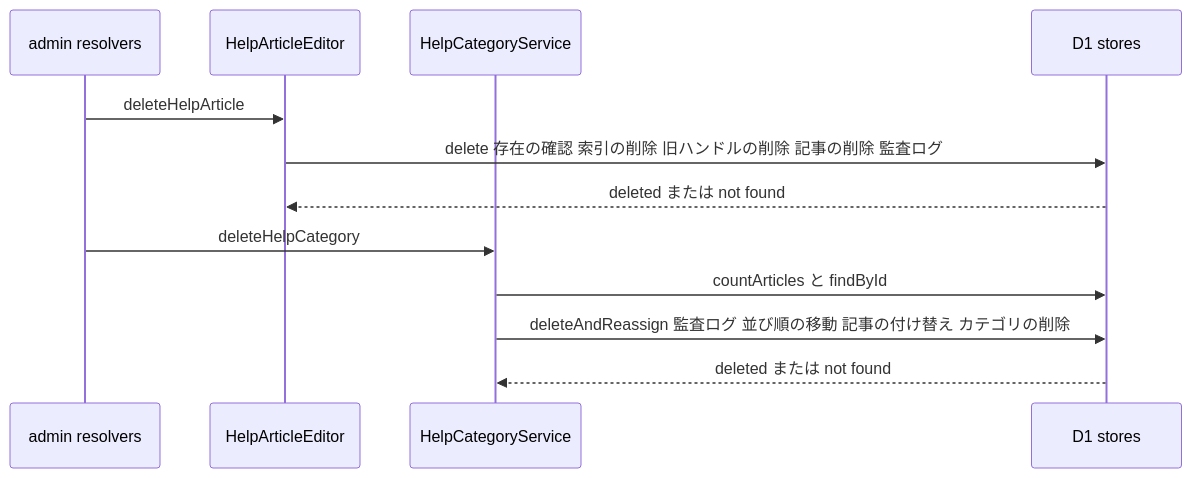
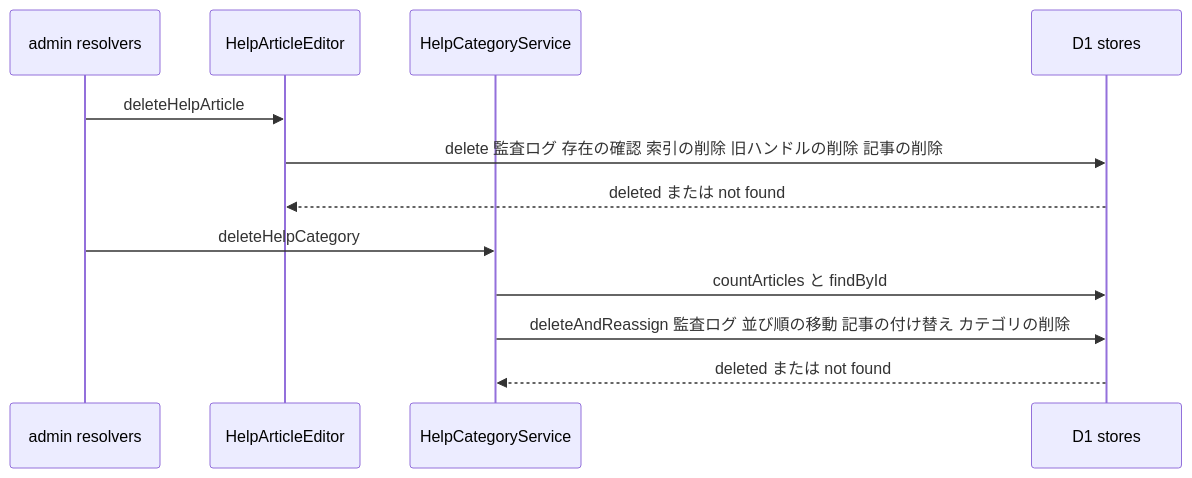
One commit to kurachiweb/genai-example-2-launch-platform changed the third of 5 diagrams in .kiro/specs/help-center/design.md. Above: the diagram before and after it, drawn with Mermaid. The commit also changed other lines of this file and 1 other file, not shown here.

````diff
--- a/.kiro/specs/help-center/design.md
+++ b/.kiro/specs/help-center/design.md
@@ -350,14 +363,14 @@
 ```mermaid
 sequenceDiagram
     participant R as admin resolvers
     participant E as HelpArticleEditor
     participant C as HelpCategoryService
     participant S as D1 stores
     R->>E: deleteHelpArticle
-    E->>S: delete 存在の確認 索引の削除 旧ハンドルの削除 記事の削除 監査ログ
+    E->>S: delete 監査ログ 存在の確認 索引の削除 旧ハンドルの削除 記事の削除
     S-->>E: deleted または not found
     R->>C: deleteHelpCategory
     C->>S: countArticles と findById
     C->>S: deleteAndReassign 監査ログ 並び順の移動 記事の付け替え カテゴリの削除
     S-->>C: deleted または not found
 ```
````
